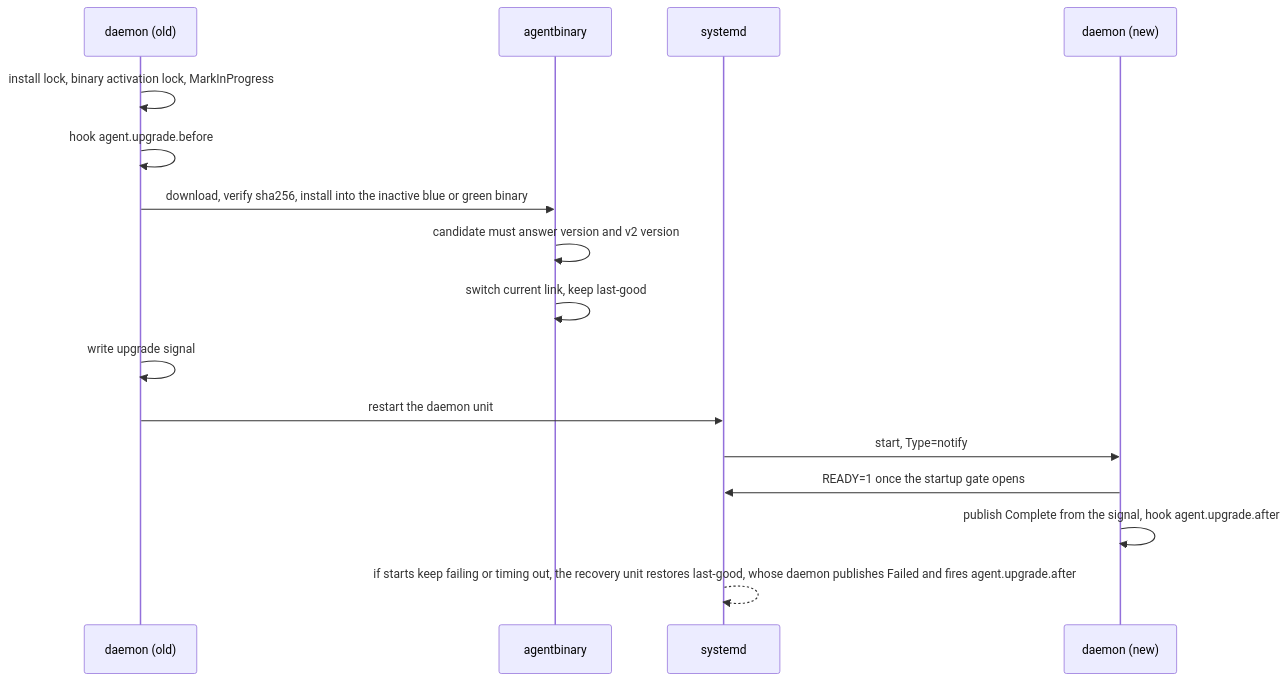
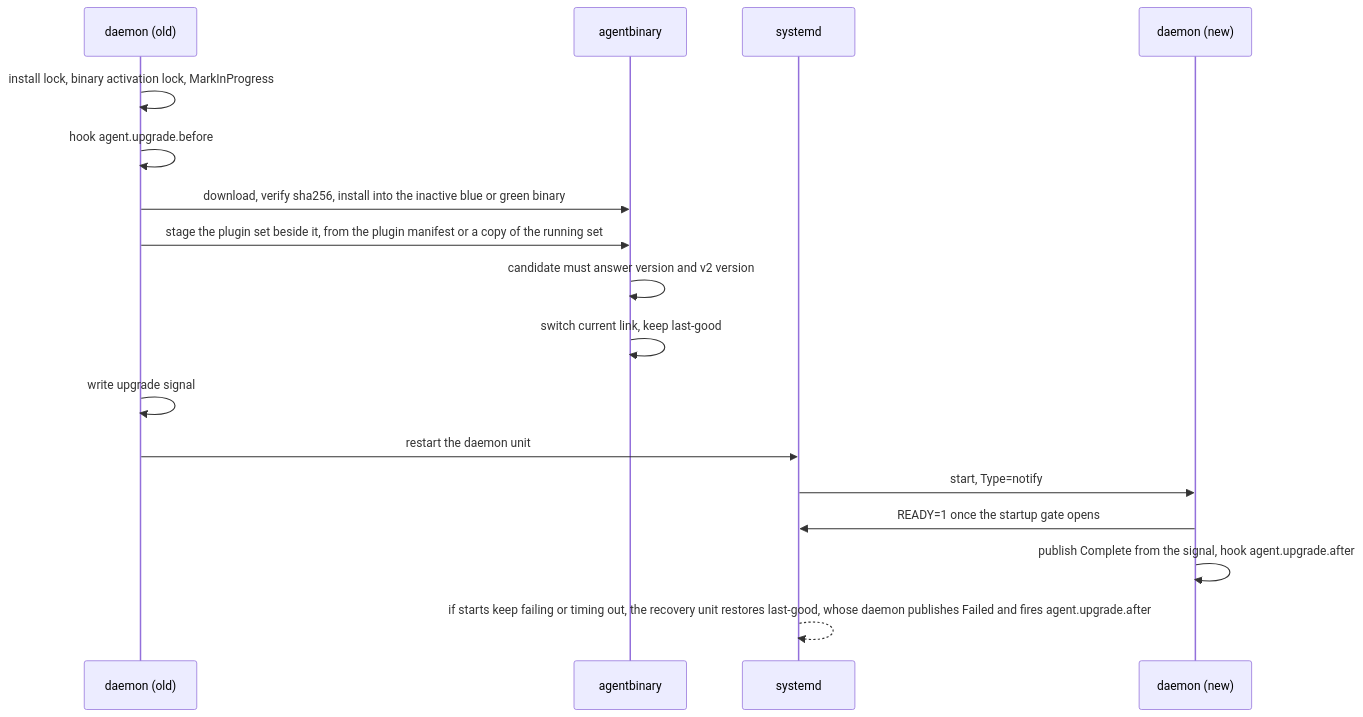
One commit to Azure/unbounded changed the fourth of 5 diagrams in designs/agent-v2/05-lifecycles.md. Above: the diagram before and after it, drawn with Mermaid. The commit also changed other lines of this file and 8 other files, not shown here.

````diff
--- a/designs/agent-v2/05-lifecycles.md
+++ b/designs/agent-v2/05-lifecycles.md
@@ -180,18 +180,19 @@
 ```mermaid
 sequenceDiagram
   participant D as daemon (old)
   participant AB as agentbinary
   participant SD as systemd
   participant N as daemon (new)
   D->>D: install lock, binary activation lock, MarkInProgress
   D->>D: hook agent.upgrade.before
   D->>AB: download, verify sha256, install into the inactive blue or green binary
+  D->>AB: stage the plugin set beside it, from the plugin manifest or a copy of the running set
   AB->>AB: candidate must answer version and v2 version
   AB->>AB: switch current link, keep last-good
   D->>D: write upgrade signal
   D->>SD: restart the daemon unit
   SD->>N: start, Type=notify
   N->>SD: READY=1 once the startup gate opens
   N->>N: publish Complete from the signal, hook agent.upgrade.after
   SD-->>SD: if starts keep failing or timing out, the recovery unit restores last-good, whose daemon publishes Failed and fires agent.upgrade.after
 ```
````
